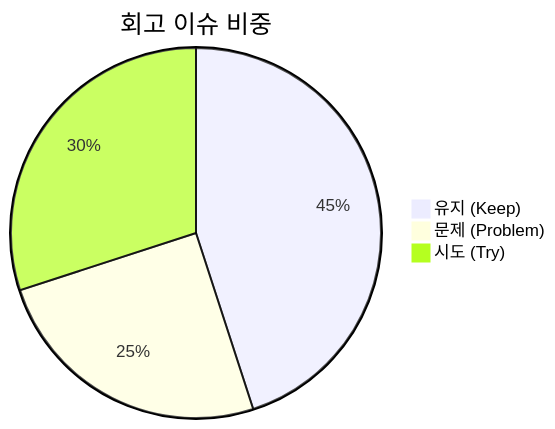
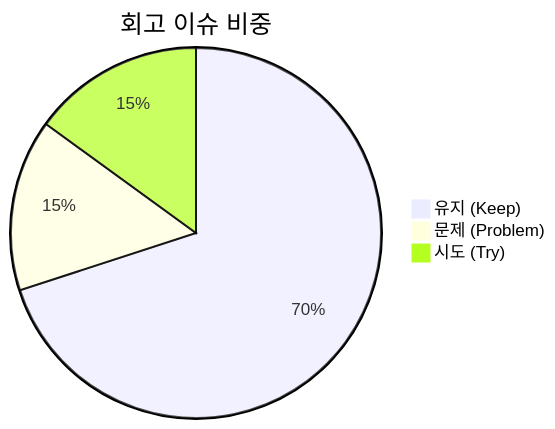
The diagram in docs/13.회고/README_회고.md (jkoogit/purePDFrend), drawn with Mermaid before and after one commit. The commit also changed other lines of this file and 5 other files, not shown here.

Commit message:
docs(session): [SESSION-0033] finalize session 0033, publish retrospective 13-26, update roadmap 07-02 v1.4.0 and register turn [0033-09]

````diff
--- a/docs/13.회고/README_회고.md
+++ b/docs/13.회고/README_회고.md
@@ -30,6 +30,6 @@
 ```mermaid
 pie title 회고 이슈 비중
-    "유지 (Keep)" : 45
-    "문제 (Problem)" : 25
-    "시도 (Try)" : 30
+    "유지 (Keep)" : 70
+    "문제 (Problem)" : 15
+    "시도 (Try)" : 15
 ```
````
